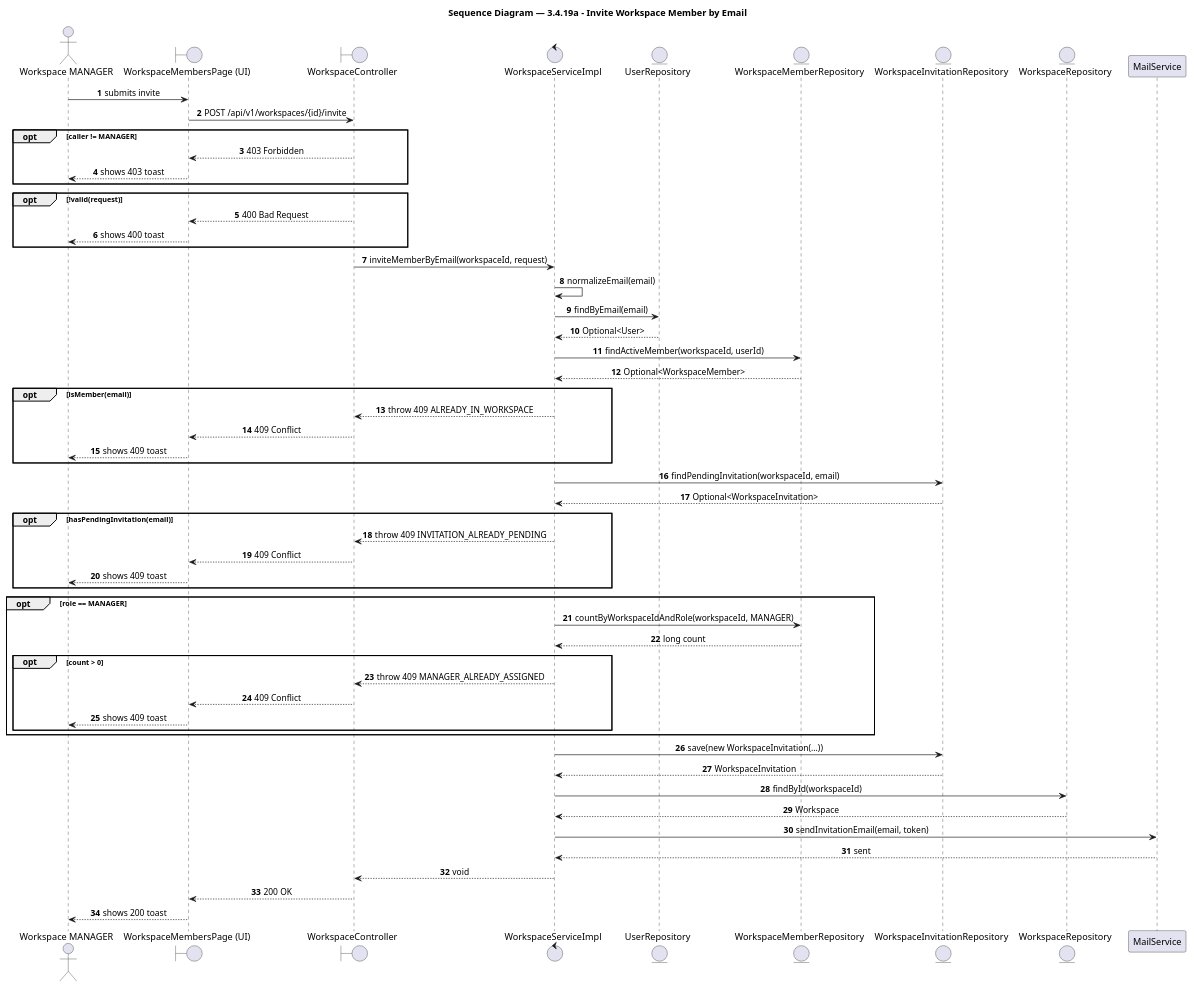
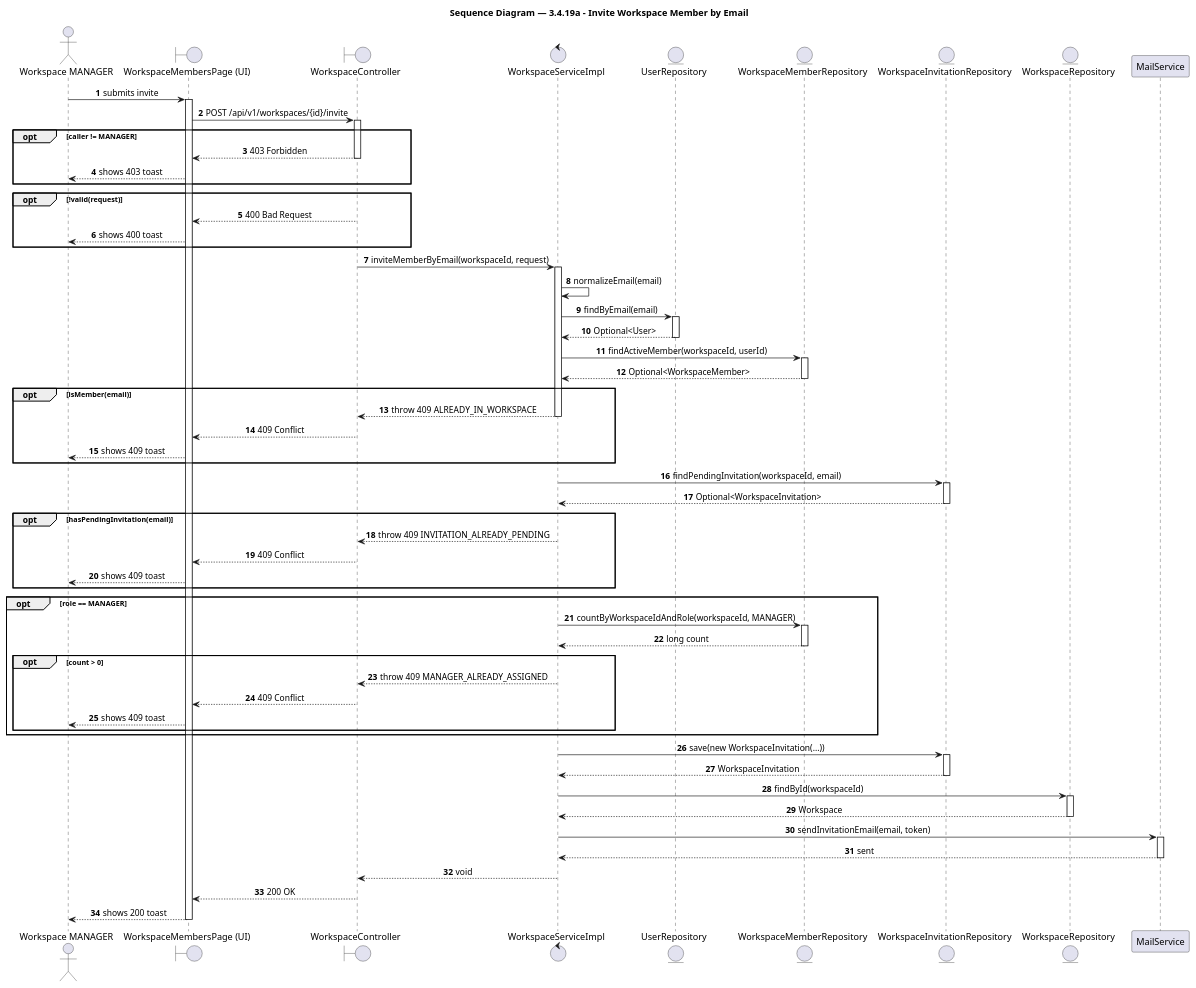
The diagram in docs/feature/agency-workspace/3-4-19-add-workspace-member/report4_sequence.puml (BrandHubOrganization/brandhub-infrastructure), drawn with PlantUML before and after one commit. The commit also changed 149 other files, not shown here.

Commit message:
docs(sequence): fix activation bars across all sequence diagrams according to UML 2.5 rules

```diff
--- a/docs/feature/agency-workspace/3-4-19-add-workspace-member/report4_sequence.puml
+++ b/docs/feature/agency-workspace/3-4-19-add-workspace-member/report4_sequence.puml
@@ -1,69 +1,105 @@
 @startuml 3.4.19a - Invite Workspace Member by Email
 title Sequence Diagram — 3.4.19a - Invite Workspace Member by Email
 
 autonumber
 skinparam shadowing false
 skinparam sequenceMessageAlign center
 skinparam BoxPadding 10
 skinparam ParticipantPadding 10
 
 ' === Participants ===
 actor "Workspace MANAGER" as workspace_manager
 boundary "WorkspaceMembersPage (UI)" as workspacememberspage_ui
 boundary "WorkspaceController" as workspacecontroller
 control "WorkspaceServiceImpl" as workspaceserviceimpl
 entity "UserRepository" as userrepository
 entity "WorkspaceMemberRepository" as workspacememberrepository
 entity "WorkspaceInvitationRepository" as workspaceinvitationrepository
 entity "WorkspaceRepository" as workspacerepository
 participant "MailService" as mailservice
 
 ' === Flow ===
 workspace_manager -> workspacememberspage_ui: submits invite
+activate workspacememberspage_ui
 workspacememberspage_ui -> workspacecontroller: POST /api/v1/workspaces/{id}/invite
+activate workspacecontroller
 opt caller != MANAGER
   workspacecontroller --> workspacememberspage_ui: 403 Forbidden
+  deactivate workspacecontroller
   workspacememberspage_ui --> workspace_manager: shows 403 toast
 end
+activate workspacecontroller
 opt !valid(request)
   workspacecontroller --> workspacememberspage_ui: 400 Bad Request
+  deactivate workspacecontroller
   workspacememberspage_ui --> workspace_manager: shows 400 toast
 end
+activate workspacecontroller
 workspacecontroller -> workspaceserviceimpl: inviteMemberByEmail(workspaceId, request)
+activate workspaceserviceimpl
 workspaceserviceimpl -> workspaceserviceimpl: normalizeEmail(email)
 workspaceserviceimpl -> userrepository: findByEmail(email)
+activate userrepository
 userrepository --> workspaceserviceimpl: Optional<User>
+deactivate userrepository
 workspaceserviceimpl -> workspacememberrepository: findActiveMember(workspaceId, userId)
+activate workspacememberrepository
 workspacememberrepository --> workspaceserviceimpl: Optional<WorkspaceMember>
+deactivate workspacememberrepository
 opt isMember(email)
   workspaceserviceimpl --> workspacecontroller: throw 409 ALREADY_IN_WORKSPACE
+  deactivate workspaceserviceimpl
   workspacecontroller --> workspacememberspage_ui: 409 Conflict
+  deactivate workspacecontroller
   workspacememberspage_ui --> workspace_manager: shows 409 toast
 end
+activate workspacecontroller
+activate workspaceserviceimpl
 workspaceserviceimpl -> workspaceinvitationrepository: findPendingInvitation(workspaceId, email)
+activate workspaceinvitationrepository
 workspaceinvitationrepository --> workspaceserviceimpl: Optional<WorkspaceInvitation>
+deactivate workspaceinvitationrepository
 opt hasPendingInvitation(email)
   workspaceserviceimpl --> workspacecontroller: throw 409 INVITATION_ALREADY_PENDING
+  deactivate workspaceserviceimpl
   workspacecontroller --> workspacememberspage_ui: 409 Conflict
+  deactivate workspacecontroller
   workspacememberspage_ui --> workspace_manager: shows 409 toast
 end
+activate workspacecontroller
+activate workspaceserviceimpl
 opt role == MANAGER
   workspaceserviceimpl -> workspacememberrepository: countByWorkspaceIdAndRole(workspaceId, MANAGER)
+  activate workspacememberrepository
   workspacememberrepository --> workspaceserviceimpl: long count
+  deactivate workspacememberrepository
   opt count > 0
     workspaceserviceimpl --> workspacecontroller: throw 409 MANAGER_ALREADY_ASSIGNED
+    deactivate workspaceserviceimpl
     workspacecontroller --> workspacememberspage_ui: 409 Conflict
+    deactivate workspacecontroller
     workspacememberspage_ui --> workspace_manager: shows 409 toast
   end
+  activate workspacecontroller
+  activate workspaceserviceimpl
 end
 workspaceserviceimpl -> workspaceinvitationrepository: save(new WorkspaceInvitation(...))
+activate workspaceinvitationrepository
 workspaceinvitationrepository --> workspaceserviceimpl: WorkspaceInvitation
+deactivate workspaceinvitationrepository
 workspaceserviceimpl -> workspacerepository: findById(workspaceId)
+activate workspacerepository
 workspacerepository --> workspaceserviceimpl: Workspace
+deactivate workspacerepository
 workspaceserviceimpl -> mailservice: sendInvitationEmail(email, token)
+activate mailservice
 mailservice --> workspaceserviceimpl: sent
+deactivate mailservice
 workspaceserviceimpl --> workspacecontroller: void
+deactivate workspaceserviceimpl
 workspacecontroller --> workspacememberspage_ui: 200 OK
+deactivate workspacecontroller
 workspacememberspage_ui --> workspace_manager: shows 200 toast
+deactivate workspacememberspage_ui
 
 @enduml
```
